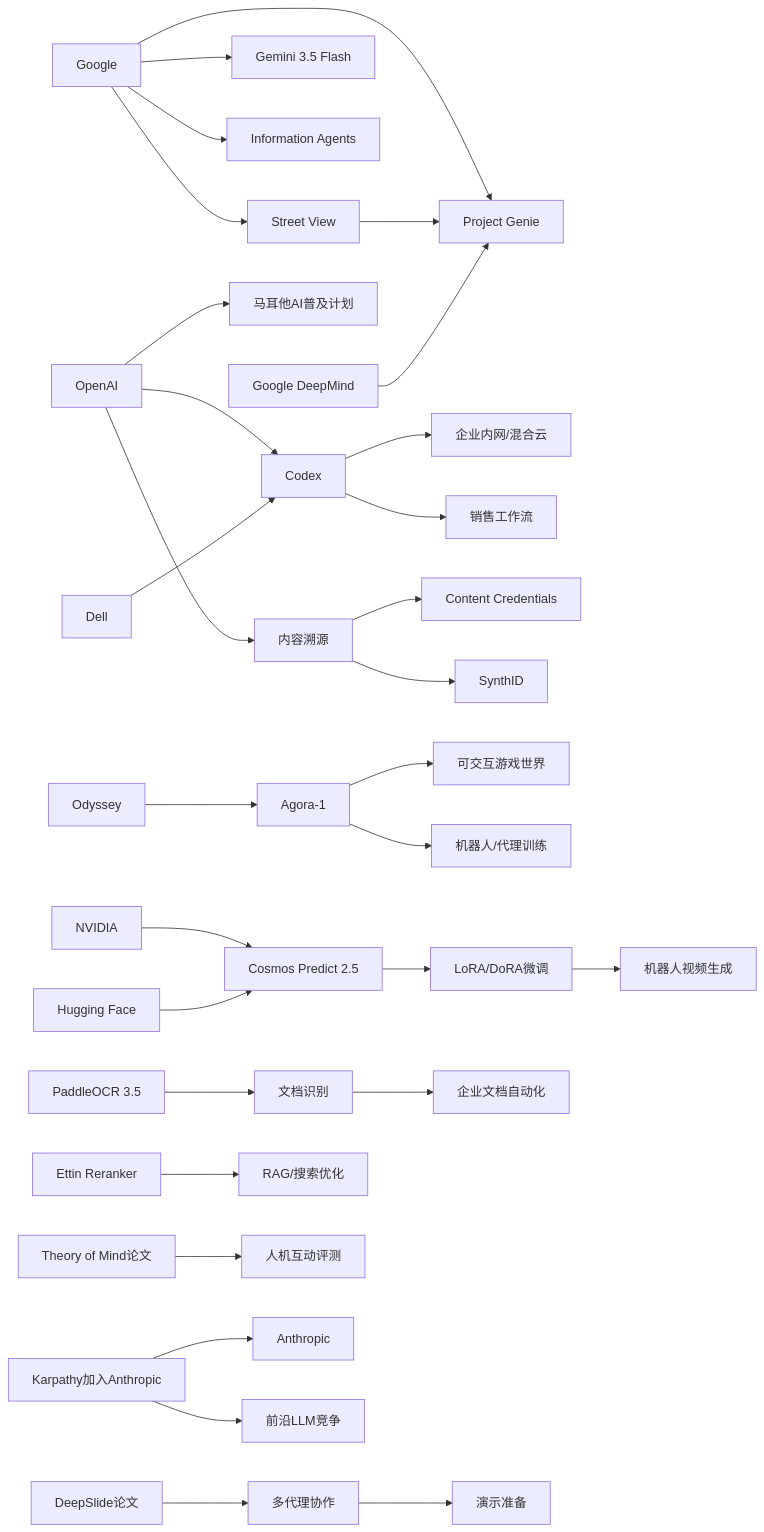
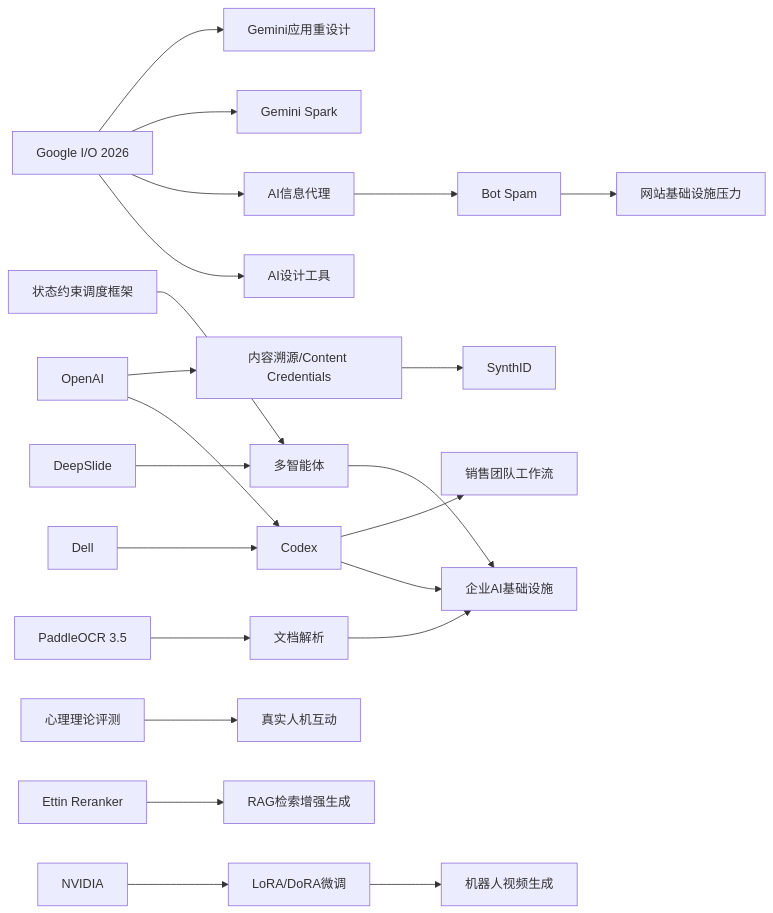
Before and after one commit to zhuxinfei/ai-daily-site: the diagram in content/cn/2026/2026-05/2026-05-19.md, drawn with Mermaid. The commit also changed other lines of this file, not shown here.

````diff
--- a/content/cn/2026/2026-05/2026-05-19.md
+++ b/content/cn/2026/2026-05/2026-05-19.md
@@ -147,40 +117,64 @@
 ```mermaid
 graph LR
-    Google[Google] --> Genie[Project Genie]
-    Google --> StreetView[Street View]
-    StreetView --> Genie
-    Google --> Gemini[Gemini 3.5 Flash]
-    Google --> InfoAgents[Information Agents]
+    G[Google I/O 2026]
+    GD[AI设计工具]
+    GA[AI信息代理]
+    GS[Gemini Spark]
+    APP[Gemini应用重设计]
 
-    OpenAI[OpenAI] --> Codex[Codex]
-    Dell[Dell] --> Codex
-    Codex --> Enterprise[企业内网/混合云]
-    Codex --> Sales[销售工作流]
+    OAI[OpenAI]
+    DELL[Dell]
+    CODEX[Codex]
+    SALES[销售团队工作流]
+    PROV[内容溯源/Content Credentials]
+    SYNTH[SynthID]
 
-    OpenAI --> Malta[马耳他AI普及计划]
-    OpenAI --> Provenance[内容溯源]
-    Provenance --> Credentials[Content Credentials]
-    Provenance --> SynthID[SynthID]
+    OCR[PaddleOCR 3.5]
+    DOC[文档解析]
+    ENT[企业AI基础设施]
 
-    DeepMind[Google DeepMind] --> Genie
-    Odyssey[Odyssey] --> Agora[Agora-1]
-    Agora --> Gaming[可交互游戏世界]
-    Agora --> RobotTrain[机器人/代理训练]
+    DS[DeepSlide]
+    MA[多智能体]
+    SDOF[状态约束调度框架]
+    TOM[心理理论评测]
+    HCI[真实人机互动]
 
-    NVIDIA[NVIDIA] --> Cosmos[Cosmos Predict 2.5]
-    HF[Hugging Face] --> Cosmos
-    Cosmos --> FineTune[LoRA/DoRA微调]
-    FineTune --> RobotVideo[机器人视频生成]
+    BOT[Bot Spam]
+    WEB[网站基础设施压力]
 
-    Paddle[PaddleOCR 3.5] --> OCR[文档识别]
-    OCR --> EnterpriseDocs[企业文档自动化]
+    ETTIN[Ettin Reranker]
+    RAG[RAG检索增强生成]
 
-    DeepSlide[DeepSlide论文] --> MultiAgent[多代理协作]
-    MultiAgent --> Presentation[演示准备]
+    NVIDIA[NVIDIA]
+    LORA[LoRA/DoRA微调]
+    ROBOT[机器人视频生成]
 
-    Ettin[Ettin Reranker] --> RAG[RAG/搜索优化]
-    ToM[Theory of Mind论文] --> HAI[人机互动评测]
+    G --> GD
+    G --> GA
+    G --> GS
+    G --> APP
 
-    Talent[Karpathy加入Anthropic] --> Anthropic[Anthropic]
-    Talent --> Frontier[前沿LLM竞争]
+    OAI --> CODEX
+    DELL --> CODEX
+    CODEX --> ENT
+    CODEX --> SALES
+
+    OCR --> DOC
+    DOC --> ENT
+
+    DS --> MA
+    SDOF --> MA
+    TOM --> HCI
+    MA --> ENT
+
+    GA --> BOT
+    BOT --> WEB
+
+    OAI --> PROV
+    PROV --> SYNTH
+
+    ETTIN --> RAG
+
+    NVIDIA --> LORA
+    LORA --> ROBOT
 ```
````
